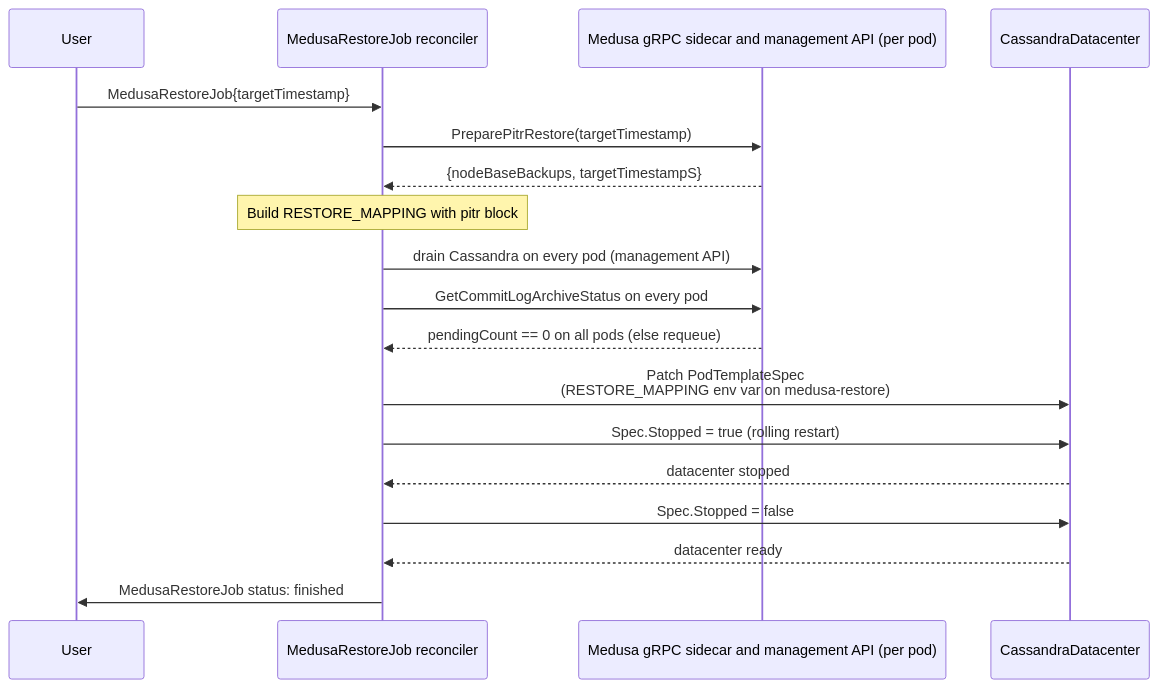
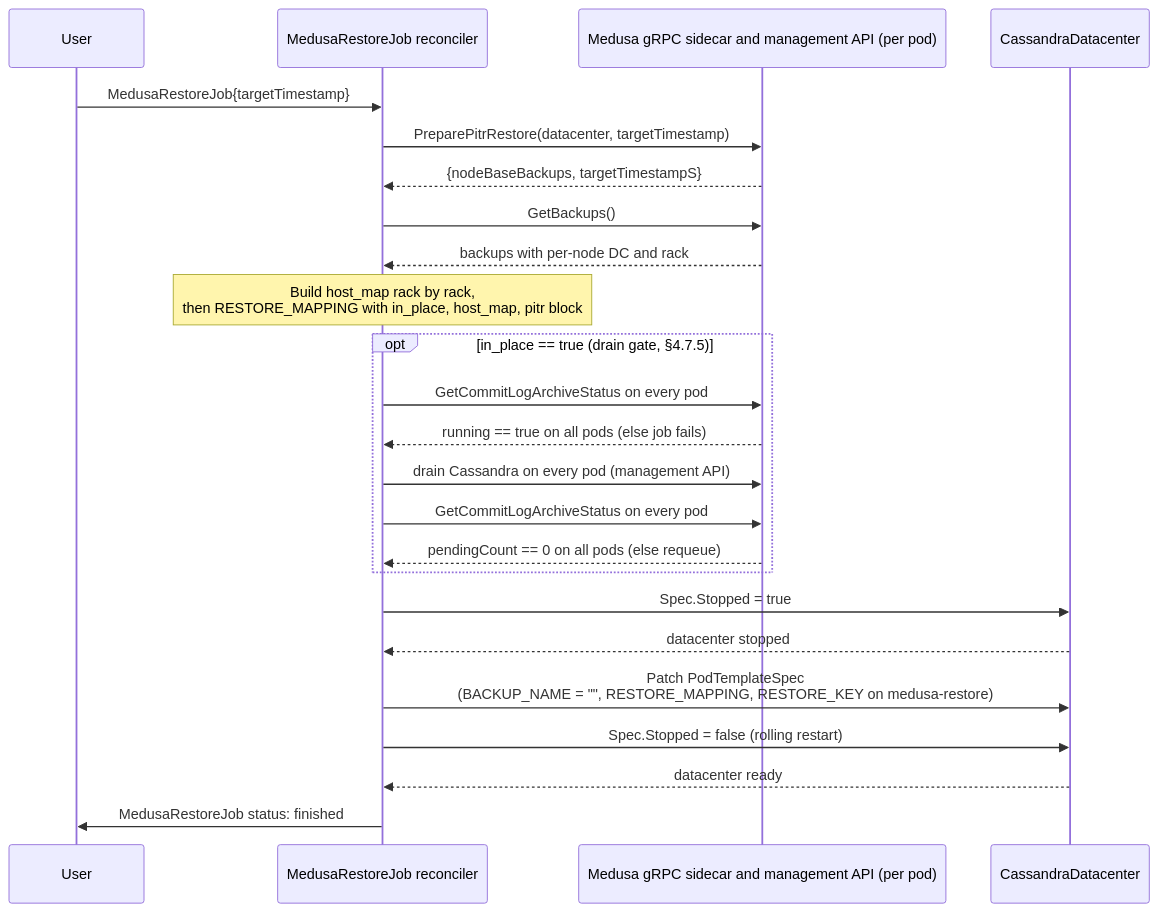
One commit to k8ssandra/k8ssandra-operator changed the second of 2 diagrams in dev-docs/designs/pitr-k8ssandra-operator-design.md. Above: the diagram before and after it, drawn with Mermaid. The commit also changed other lines of this file, not shown here.

Commit message:
Updates to allow in_place: false (restore to a new set of nodes)

````diff
--- a/dev-docs/designs/pitr-k8ssandra-operator-design.md
+++ b/dev-docs/designs/pitr-k8ssandra-operator-design.md
@@ -144,21 +147,27 @@
 ```mermaid
 sequenceDiagram
     participant User
     participant Reconciler as MedusaRestoreJob reconciler
     participant Medusa as Medusa gRPC sidecar and management API (per pod)
     participant DC as CassandraDatacenter
 
     User->>Reconciler: MedusaRestoreJob{targetTimestamp}
-    Reconciler->>Medusa: PreparePitrRestore(targetTimestamp)
+    Reconciler->>Medusa: PreparePitrRestore(datacenter, targetTimestamp)
     Medusa-->>Reconciler: {nodeBaseBackups, targetTimestampS}
-    Note over Reconciler: Build RESTORE_MAPPING with pitr block
-    Reconciler->>Medusa: drain Cassandra on every pod (management API)
-    Reconciler->>Medusa: GetCommitLogArchiveStatus on every pod
-    Medusa-->>Reconciler: pendingCount == 0 on all pods (else requeue)
-    Reconciler->>DC: Patch PodTemplateSpec<br>(RESTORE_MAPPING env var on medusa-restore)
-    Reconciler->>DC: Spec.Stopped = true (rolling restart)
+    Reconciler->>Medusa: GetBackups()
+    Medusa-->>Reconciler: backups with per-node DC and rack
+    Note over Reconciler: Build host_map rack by rack,<br>then RESTORE_MAPPING with in_place, host_map, pitr block
+    opt in_place == true (drain gate, §4.7.5)
+        Reconciler->>Medusa: GetCommitLogArchiveStatus on every pod
+        Medusa-->>Reconciler: running == true on all pods (else job fails)
+        Reconciler->>Medusa: drain Cassandra on every pod (management API)
+        Reconciler->>Medusa: GetCommitLogArchiveStatus on every pod
+        Medusa-->>Reconciler: pendingCount == 0 on all pods (else requeue)
+    end
+    Reconciler->>DC: Spec.Stopped = true
     DC-->>Reconciler: datacenter stopped
-    Reconciler->>DC: Spec.Stopped = false
+    Reconciler->>DC: Patch PodTemplateSpec<br>(BACKUP_NAME = "", RESTORE_MAPPING, RESTORE_KEY on medusa-restore)
+    Reconciler->>DC: Spec.Stopped = false (rolling restart)
     DC-->>Reconciler: datacenter ready
     Reconciler->>User: MedusaRestoreJob status: finished
 ```
````
